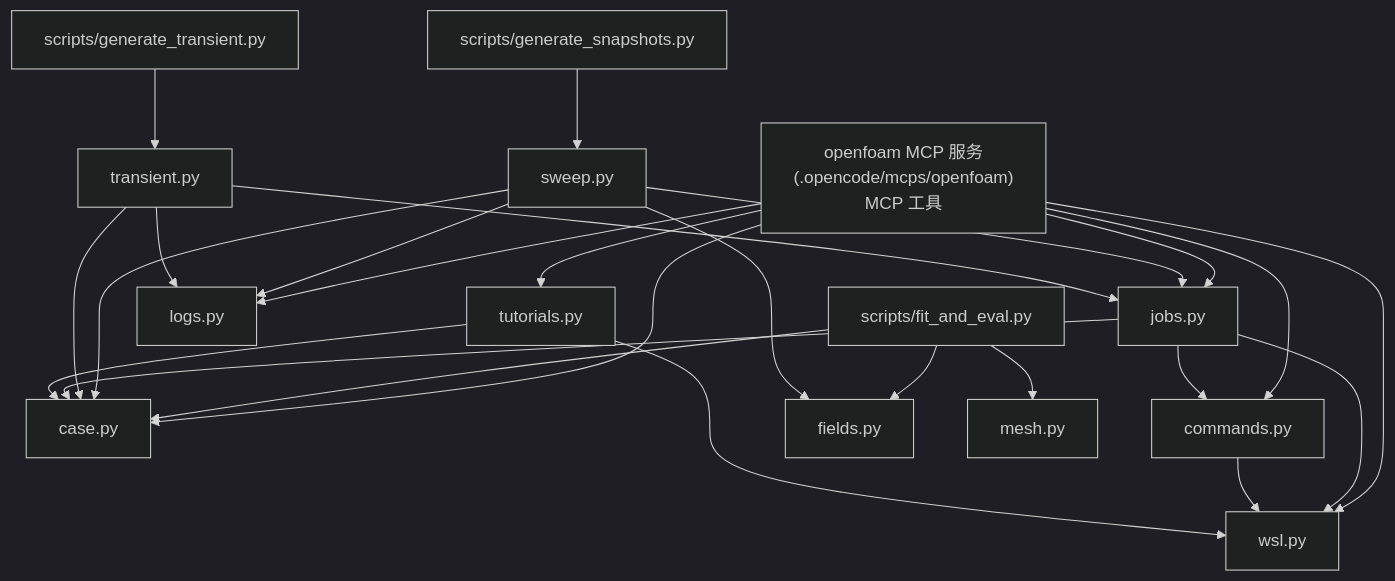
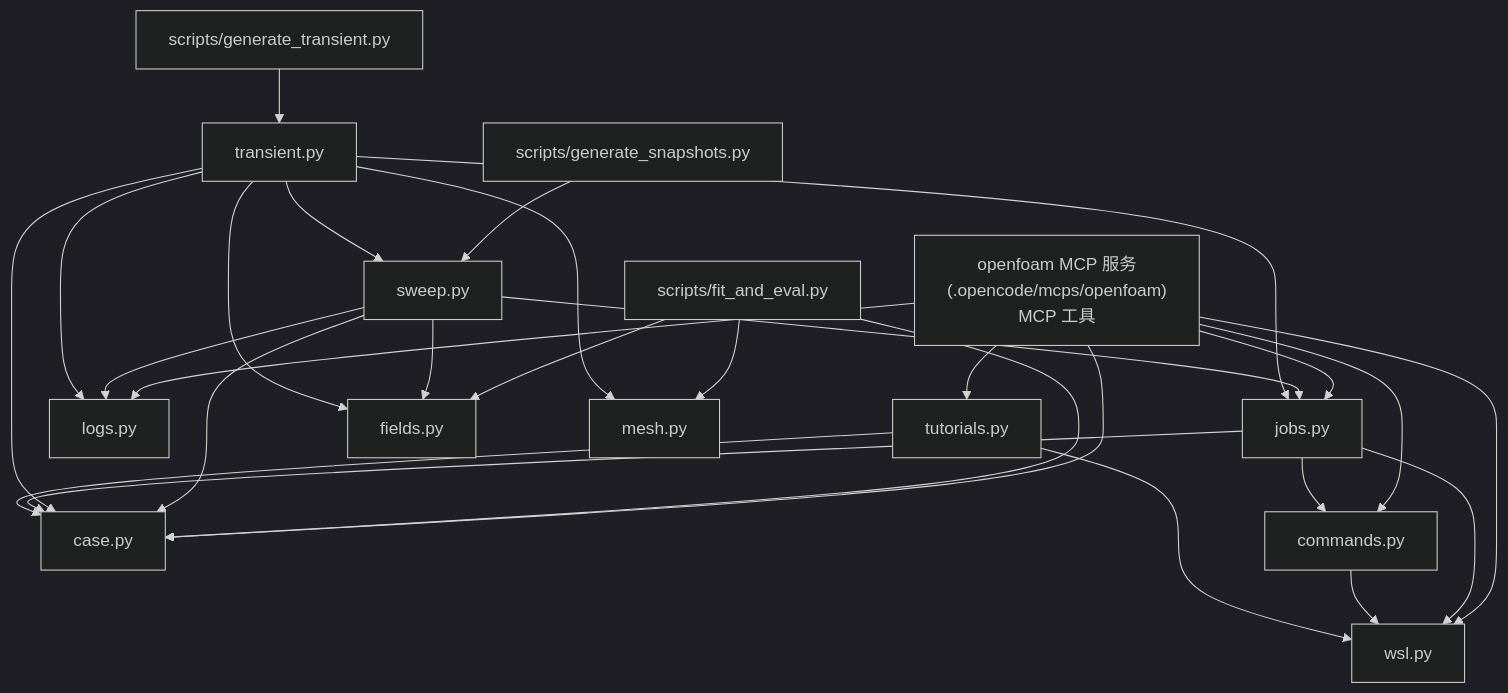
One commit to GeZiheng/FVM-ROM changed the diagram in docs/foam.md. Above: the diagram before and after it, drawn with Mermaid (dark theme). The commit also changed other lines of this file and 25 other files, not shown here.

````diff
--- a/docs/foam.md
+++ b/docs/foam.md
@@ -147,46 +154,49 @@
 ```mermaid
 flowchart TD
     MCP["openfoam MCP 服务<br/>(.opencode/mcps/openfoam)<br/>MCP 工具"]
     GS["scripts/generate_snapshots.py"]
     GT["scripts/generate_transient.py"]
     FE["scripts/fit_and_eval.py"]
 
     SWEEP["sweep.py"]
     TRANS["transient.py"]
     JOBS["jobs.py"]
     LOGS["logs.py"]
     CASES["case.py"]
     TUT["tutorials.py"]
     CMD["commands.py"]
     WSL["wsl.py"]
     FIELDS["fields.py"]
     MESH["mesh.py"]
 
     MCP --> WSL
     MCP --> CASES
     MCP --> JOBS
     MCP --> LOGS
     MCP --> CMD
     MCP --> TUT
 
     GS --> SWEEP
     GT --> TRANS
     FE --> CASES
     FE --> FIELDS
     FE --> MESH
 
     SWEEP --> CASES
     SWEEP --> JOBS
     SWEEP --> LOGS
     SWEEP --> FIELDS
     TRANS --> CASES
     TRANS --> JOBS
     TRANS --> LOGS
+    TRANS --> SWEEP
+    TRANS --> FIELDS
+    TRANS --> MESH
 
     JOBS --> CASES
     JOBS --> CMD
     JOBS --> WSL
     CMD --> WSL
     TUT --> CASES
     TUT --> WSL
 ```
````
